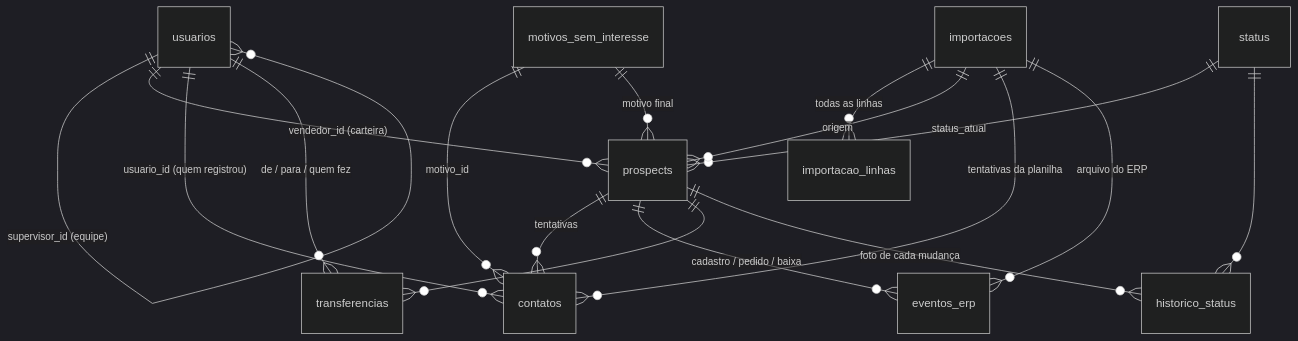
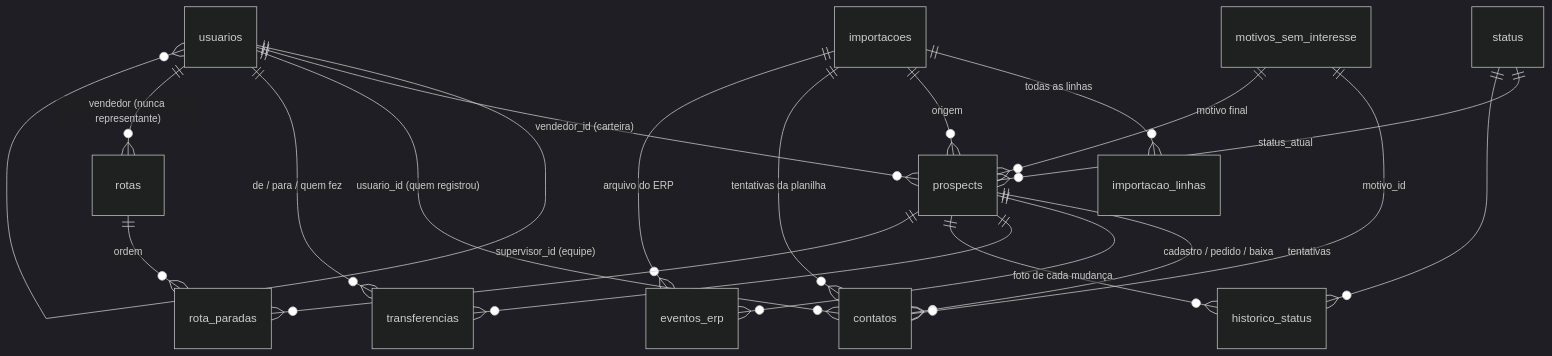
The diagram in docs/02-modelo-dados.md (EquipeGF2/Germani_Prospect), drawn with Mermaid (dark theme) before and after one commit. The commit also changed other lines of this file and 14 other files, not shown here.

First line of the commit message:
Montagem de rotas do vendedor; sem cálculo de distância (ADR-0005)

````diff
--- a/docs/02-modelo-dados.md
+++ b/docs/02-modelo-dados.md
@@ -7,19 +7,22 @@
 ```mermaid
 erDiagram
     usuarios ||--o{ usuarios : "supervisor_id (equipe)"
     usuarios ||--o{ prospects : "vendedor_id (carteira)"
     usuarios ||--o{ contatos : "usuario_id (quem registrou)"
     usuarios ||--o{ transferencias : "de / para / quem fez"
     prospects ||--o{ contatos : "tentativas"
     prospects ||--o{ eventos_erp : "cadastro / pedido / baixa"
     prospects ||--o{ transferencias : ""
     prospects ||--o{ historico_status : "foto de cada mudança"
     status ||--o{ prospects : "status_atual"
     status ||--o{ historico_status : ""
     motivos_sem_interesse ||--o{ contatos : "motivo_id"
     motivos_sem_interesse ||--o{ prospects : "motivo final"
     importacoes ||--o{ importacao_linhas : "todas as linhas"
     importacoes ||--o{ prospects : "origem"
     importacoes ||--o{ contatos : "tentativas da planilha"
     importacoes ||--o{ eventos_erp : "arquivo do ERP"
+    usuarios ||--o{ rotas : "vendedor (nunca representante)"
+    rotas ||--o{ rota_paradas : "ordem"
+    prospects ||--o{ rota_paradas : ""
 ```
````
